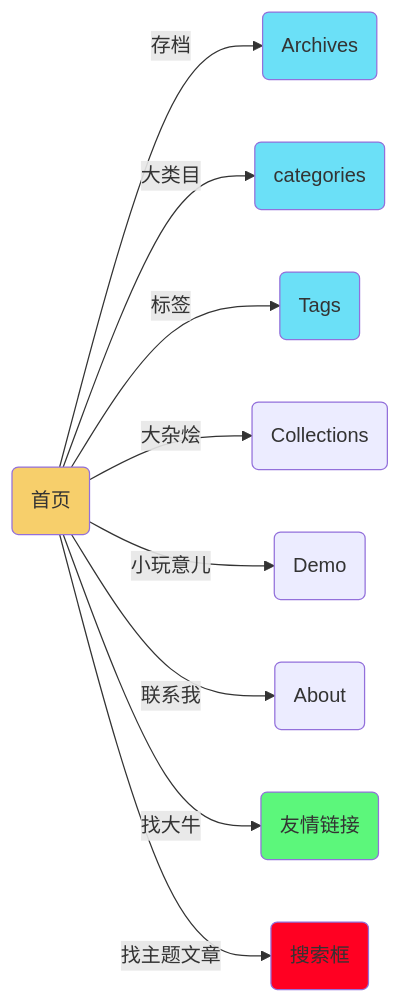
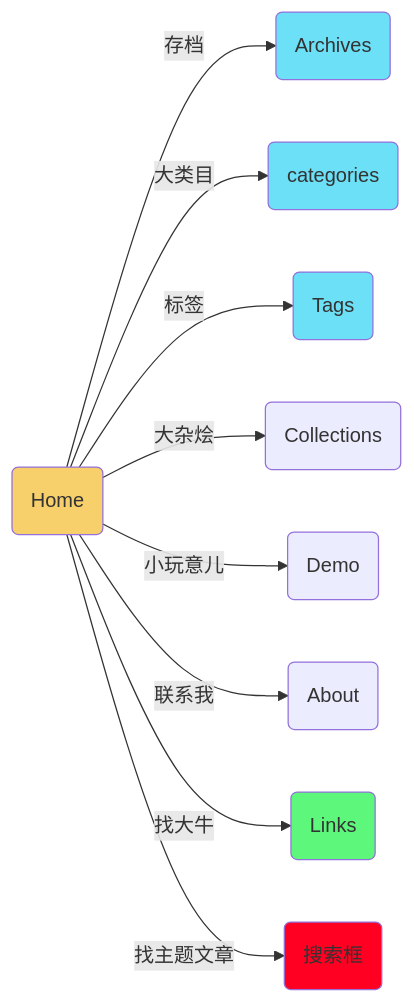
The diagram in _posts/2010-01-01-navigation.md (Gaohaoyang/gaohaoyang.github.io), drawn with Mermaid before and after one commit.

Commit message:
导航地图可视化

```diff
--- a/_posts/2010-01-01-navigation.md
+++ b/_posts/2010-01-01-navigation.md
@@ -35,19 +35,19 @@
 <div class="mermaid">
     graph LR
-    A(首页):::s
+    A(Home):::s
     classDef s fill:#C8D64B;
     style A fill:#F7CF6B;
     style B fill:#6BE0F7;
     style C fill:#6BE0F7;
     style D fill:#6BE0F7;
     style H fill:#5CF77B;
     style I fill:#f02;
     A -->|存档| B(Archives)
     A -->|大类目| C(categories)
     A -->|标签| D(Tags)
     A -->|大杂烩| E(Collections)
     A -->|小玩意儿| F(Demo)
     A -->|联系我| G(About)
-    A -->|找大牛| H(友情链接)
+    A -->|找大牛| H(Links)
     A -->|找主题文章| I(搜索框)
 </div>
```
